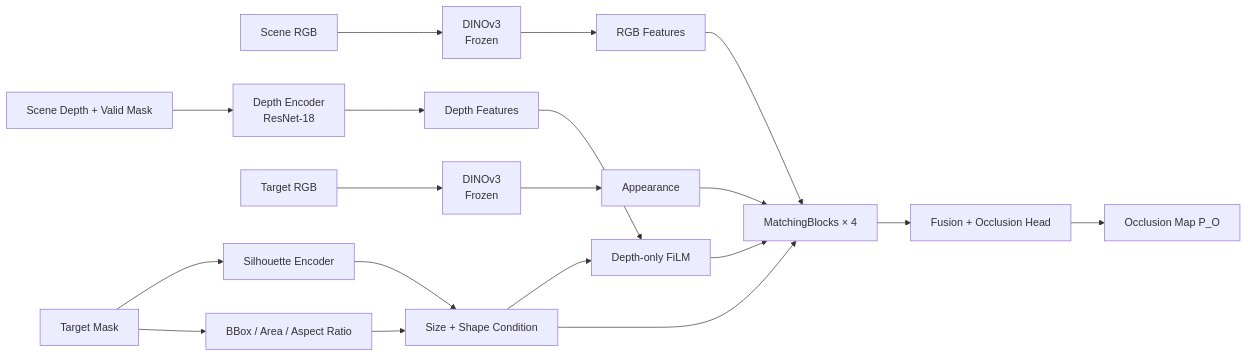
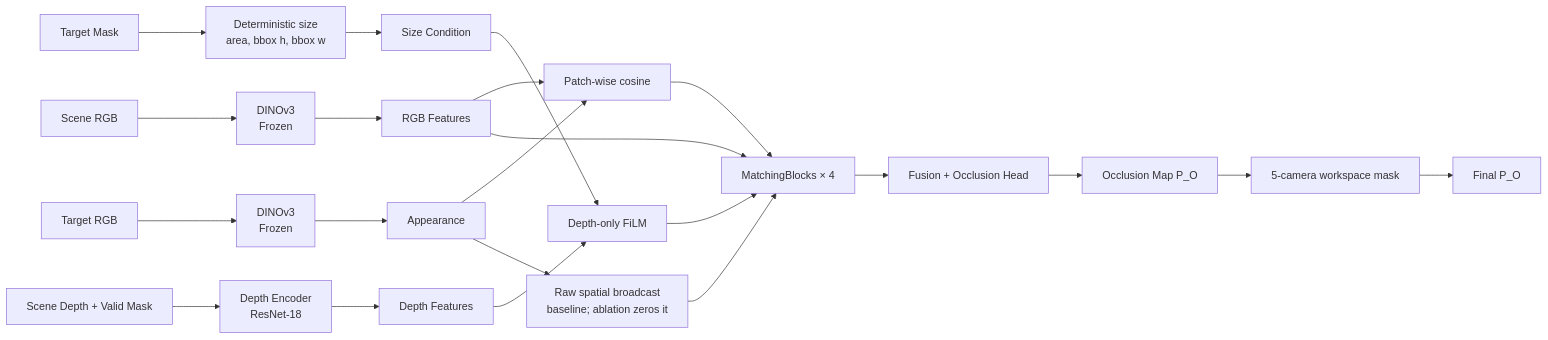
One commit to JeonHaneul/2D-PDM_DINOv3 changed the fifth of 6 diagrams in README.md. Above: the diagram before and after it, drawn with Mermaid. The commit also changed other lines of this file and 2 other files, not shown here.

````diff
--- a/README.md
+++ b/README.md
@@ -753,17 +766,20 @@
 ```mermaid
 flowchart LR
     SRGB["Scene RGB"] --> DINO_S["DINOv3<br/>Frozen"] --> FRGB["RGB Features"]
     SDEPTH["Scene Depth + Valid Mask"] --> DENC["Depth Encoder<br/>ResNet-18"] --> FDEPTH["Depth Features"]
 
     TRGB["Target RGB"] --> DINO_T["DINOv3<br/>Frozen"] --> TAPP["Appearance"]
-    TMASK["Target Mask"] --> SHAPE["Silhouette Encoder"] --> TGEO["Size + Shape Condition"]
-    TMASK --> SIZE["BBox / Area / Aspect Ratio"] --> TGEO
+    TMASK["Target Mask"] --> SIZE["Deterministic size<br/>area, bbox h, bbox w"] --> TGEO["Size Condition"]
 
     TGEO --> FILM["Depth-only FiLM"]
     FDEPTH --> FILM
-    FRGB --> MATCH["MatchingBlocks × 4"]
+    FRGB --> COS["Patch-wise cosine"]
+    TAPP --> COS
+    TAPP --> BCAST["Raw spatial broadcast<br/>baseline; ablation zeros it"]
+    BCAST --> MATCH["MatchingBlocks × 4"]
+    FRGB --> MATCH
     FILM --> MATCH
-    TAPP --> MATCH
-    TGEO --> MATCH
+    COS --> MATCH
     MATCH --> HEAD["Fusion + Occlusion Head"] --> PO["Occlusion Map P_O"]
+    PO --> WMASK["5-camera workspace mask"] --> PFINAL["Final P_O"]
 ```
````
